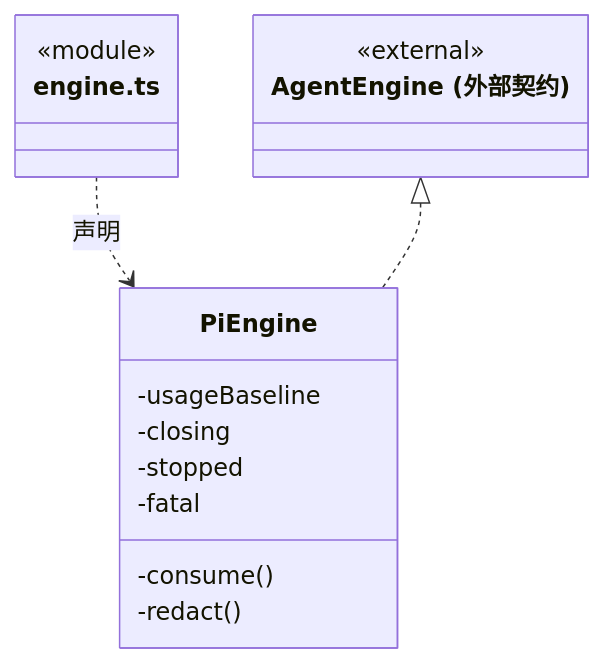
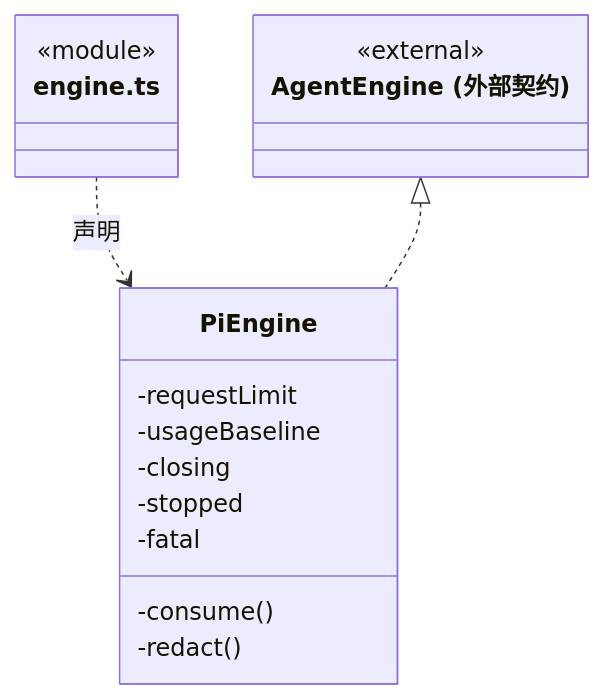
The fourth of 12 diagrams in src/backend/core/brain/pi/ARCHITECTURE.md (nan023062/cbim), drawn with Mermaid before and after one commit. The commit also changed other lines of this file and 65 other files, not shown here.

````diff
--- a/src/backend/core/brain/pi/ARCHITECTURE.md
+++ b/src/backend/core/brain/pi/ARCHITECTURE.md
@@ -103,19 +107,20 @@
 ```mermaid
 classDiagram
 class N_src_backend_core_brain_pi_engine_ts["engine.ts"] {
   <<module>>
 }
 class N_src_backend_core_brain_pi_engine_ts_PiEngine["PiEngine"] {
+  -requestLimit
   -usageBaseline
   -closing
   -stopped
   -fatal
   -consume()
   -redact()
 }
 N_src_backend_core_brain_pi_engine_ts ..> N_src_backend_core_brain_pi_engine_ts_PiEngine : 声明
 class N_src_backend_core_brain_pi_engine_ts_external_AgentEngine["AgentEngine (外部契约)"] {
   <<external>>
 }
 N_src_backend_core_brain_pi_engine_ts_external_AgentEngine <|.. N_src_backend_core_brain_pi_engine_ts_PiEngine
 ```
````
